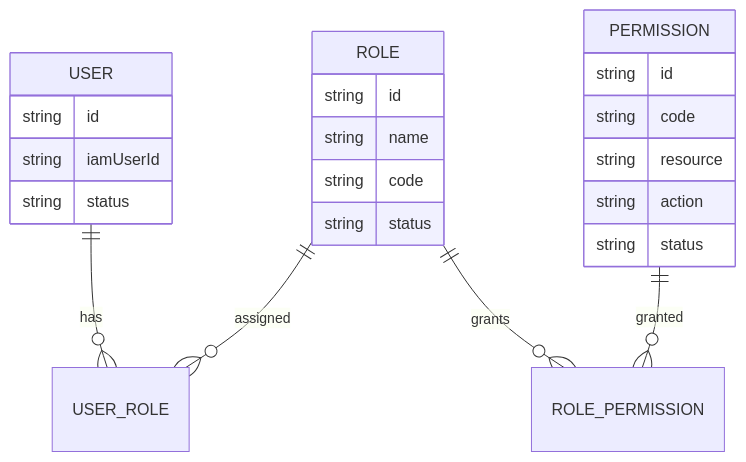
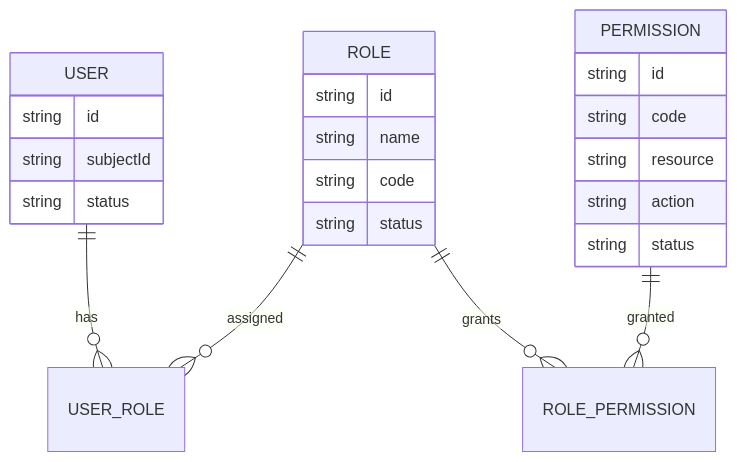
Before and after one commit to Smile-HO-OS/smile-user-rbac: the second of 3 diagrams in docs/integration-guide.md, drawn with Mermaid. The commit also changed other lines of this file and 34 other files, not shown here.

````diff
--- a/docs/integration-guide.md
+++ b/docs/integration-guide.md
@@ -48,10 +48,10 @@
 ```mermaid
 erDiagram
   USER ||--o{ USER_ROLE : has
   ROLE ||--o{ USER_ROLE : assigned
   ROLE ||--o{ ROLE_PERMISSION : grants
   PERMISSION ||--o{ ROLE_PERMISSION : granted
-  USER { string id string iamUserId string status }
+  USER { string id string subjectId string status }
   ROLE { string id string name string code string status }
   PERMISSION { string id string code string resource string action string status }
 ```
````
